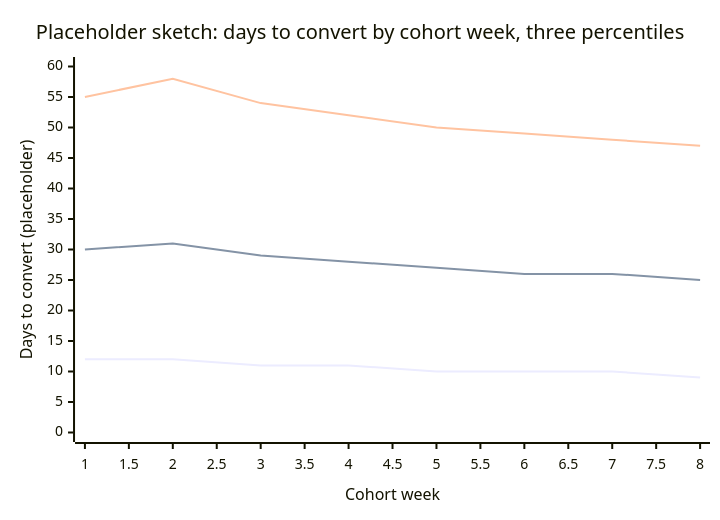
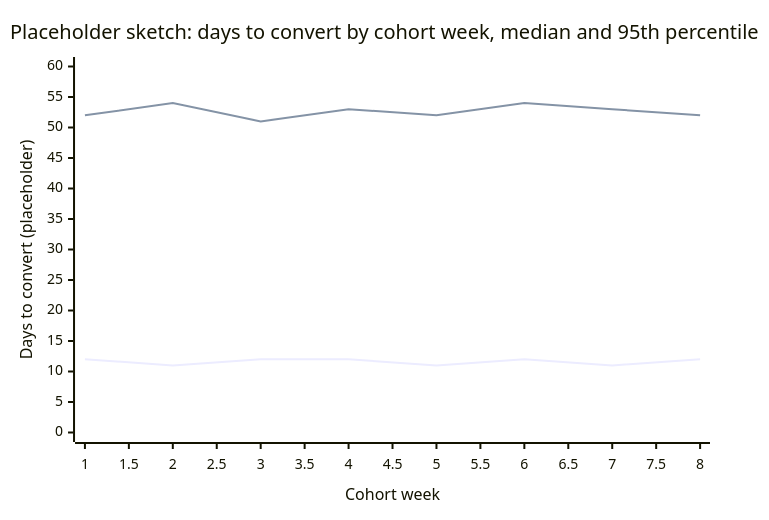
One commit to h3qing/open-analytics-framework changed the fourth of 4 diagrams in docs/metrics/time-to-convert.md. Above: the diagram before and after it, drawn with Mermaid. The commit also changed other lines of this file, not shown here.

````diff
--- a/docs/metrics/time-to-convert.md
+++ b/docs/metrics/time-to-convert.md
@@ -128,9 +128,8 @@
 ```mermaid
 xychart-beta
-    title "Placeholder sketch: days to convert by cohort week, three percentiles"
+    title "Placeholder sketch: days to convert by cohort week, median and 95th percentile"
     x-axis "Cohort week" 1 --> 8
     y-axis "Days to convert (placeholder)" 0 --> 60
-    line [12, 12, 11, 11, 10, 10, 10, 9]
-    line [30, 31, 29, 28, 27, 26, 26, 25]
-    line [55, 58, 54, 52, 50, 49, 48, 47]
+    line [12, 11, 12, 12, 11, 12, 11, 12]
+    line [52, 54, 51, 53, 52, 54, 53, 52]
 ```
````
